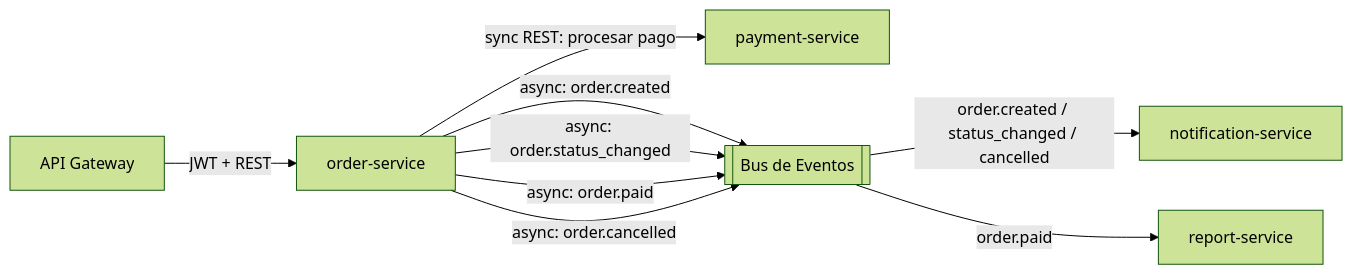
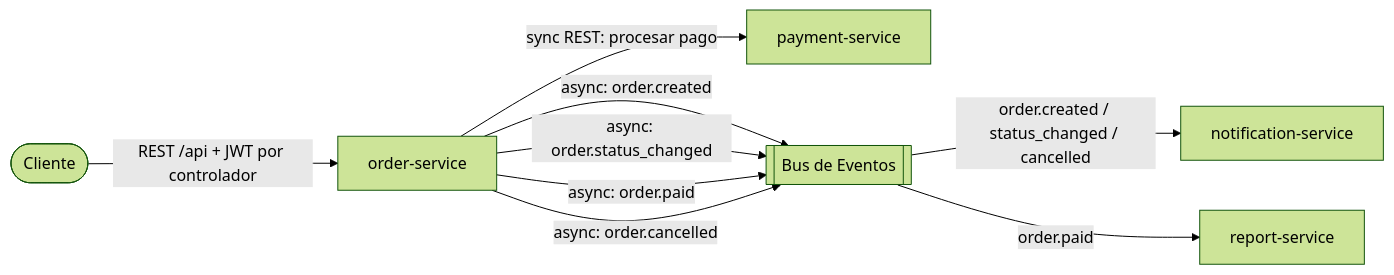
One commit to holyusm/INF-301-WWW changed diagram 12 of 12 in BackEnd-Arquitectura.md. Above: the diagram before and after it, drawn with Mermaid (forest theme). The commit also changed other lines of this file, not shown here.

````diff
--- a/BackEnd-Arquitectura.md
+++ b/BackEnd-Arquitectura.md
@@ -1440,18 +1433,18 @@
 ```mermaid
 flowchart LR
-    AG[API Gateway]
+    Client([Cliente])
     ORDER[order-service]
     PAY[payment-service]
     MB[[Bus de Eventos]]
     NOTIF[notification-service]
     REPORT[report-service]
 
-    AG -->|JWT + REST| ORDER
+    Client -->|REST /api + JWT por controlador| ORDER
     ORDER -->|sync REST: procesar pago| PAY
     ORDER -->|async: order.created| MB
     ORDER -->|async: order.status_changed| MB
     ORDER -->|async: order.paid| MB
     ORDER -->|async: order.cancelled| MB
     MB -->|order.created / status_changed / cancelled| NOTIF
     MB -->|order.paid| REPORT
 ```
````
